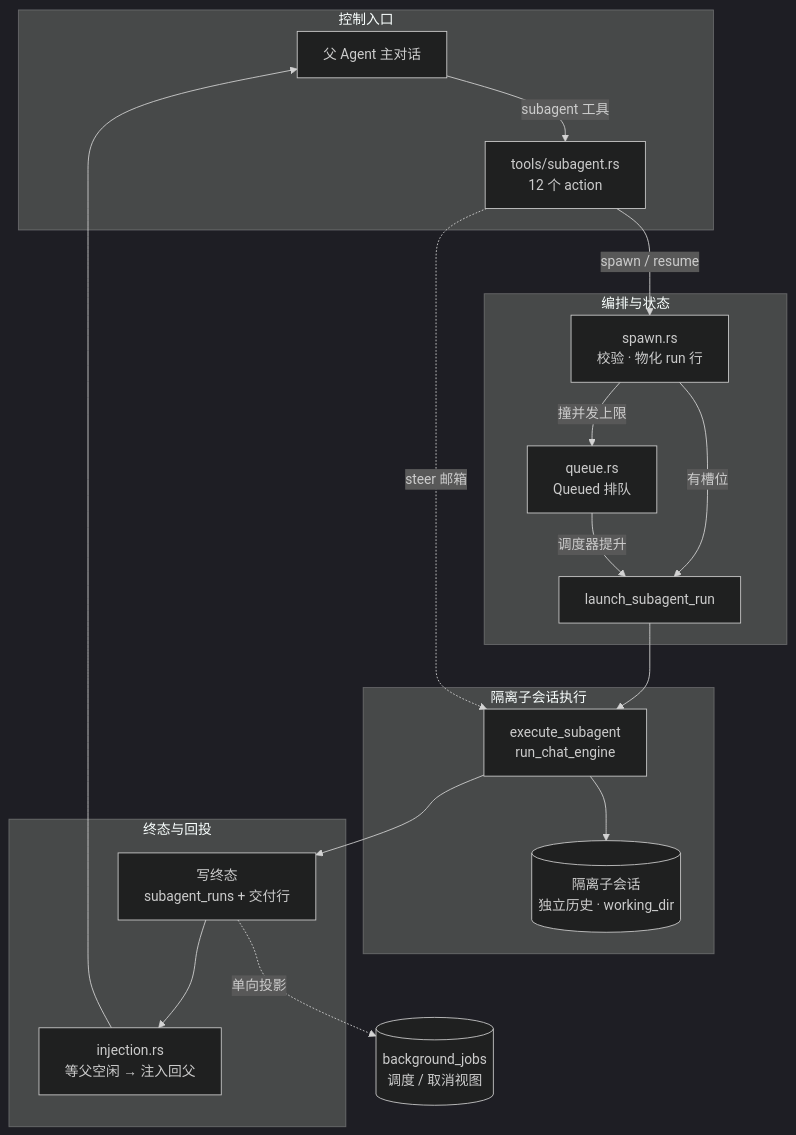
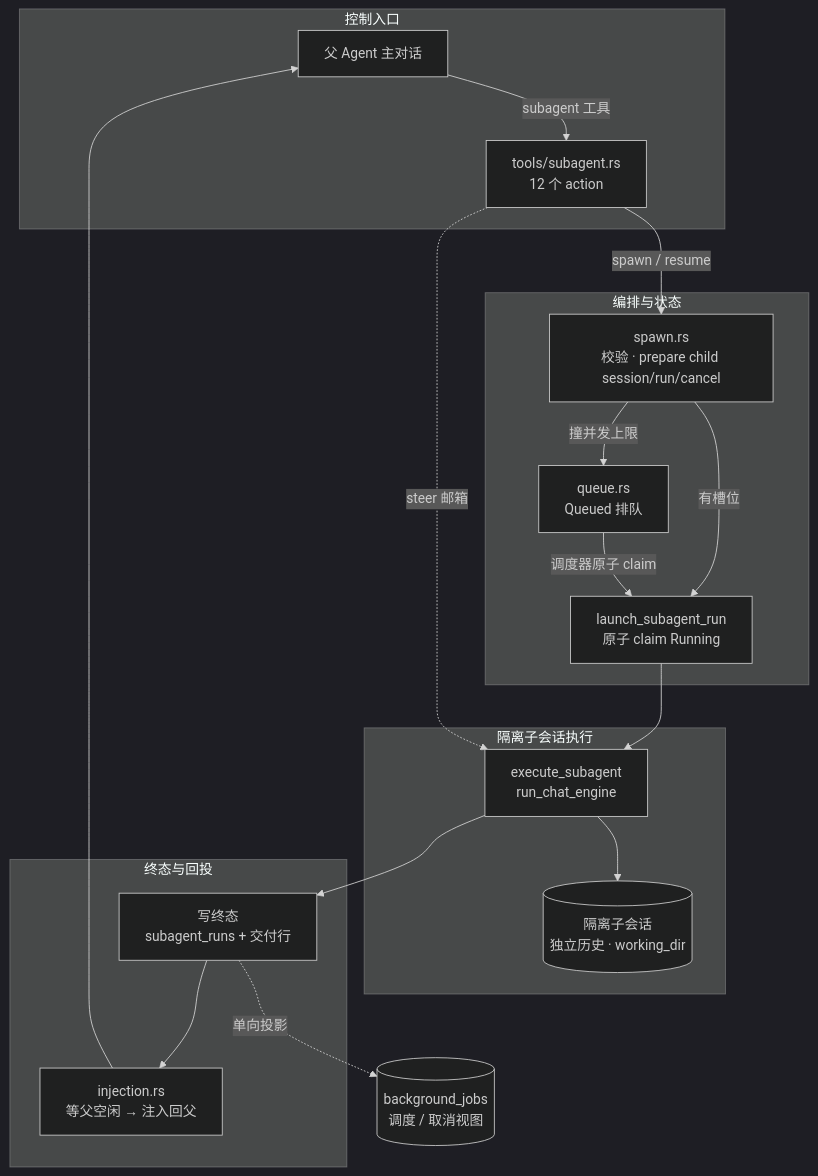
One commit to gabrielmoreira/agent-skills-mirror changed the first of 6 diagrams in mirrors/repos/shiwenwen@hope-agent/docs/architecture/agent/subagent.md. Above: the diagram before and after it, drawn with Mermaid (dark theme). The commit also changed other lines of this file and 3176 other files, not shown here.

````diff
--- a/mirrors/repos/shiwenwen@hope-agent/docs/architecture/agent/subagent.md
+++ b/mirrors/repos/shiwenwen@hope-agent/docs/architecture/agent/subagent.md
@@ -33,23 +33,23 @@
 ```mermaid
 flowchart TB
     subgraph ENTRY[控制入口]
         P[父 Agent 主对话] -->|subagent 工具| T[tools/subagent.rs<br/>12 个 action]
     end
     subgraph ORCH[编排与状态]
-        T -->|spawn / resume| SP[spawn.rs<br/>校验 · 物化 run 行]
+        T -->|spawn / resume| SP[spawn.rs<br/>校验 · prepare child session/run/cancel]
         SP -->|撞并发上限| Q[queue.rs<br/>Queued 排队]
-        SP -->|有槽位| LR[launch_subagent_run]
-        Q -->|调度器提升| LR
+        SP -->|有槽位| LR[launch_subagent_run<br/>原子 claim Running]
+        Q -->|调度器原子 claim| LR
     end
     subgraph EXEC[隔离子会话执行]
         LR --> EX[execute_subagent<br/>run_chat_engine]
         EX --> CS[(隔离子会话<br/>独立历史 · working_dir)]
     end
     subgraph BACK[终态与回投]
         EX --> FIN[写终态<br/>subagent_runs + 交付行]
         FIN --> INJ[injection.rs<br/>等父空闲 → 注入回父]
         INJ --> P
     end
     FIN -. 单向投影 .-> BJ[(background_jobs<br/>调度 / 取消视图)]
     T -. steer 邮箱 .-> EX
 ```
````
